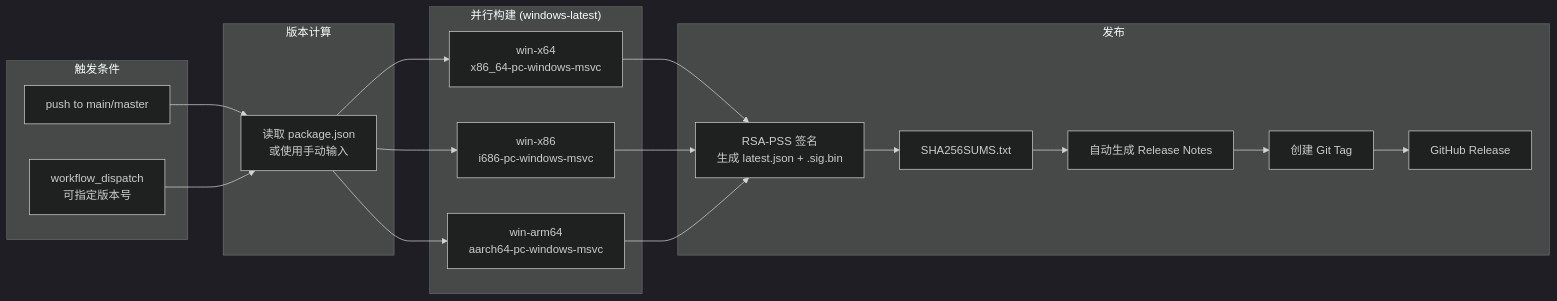
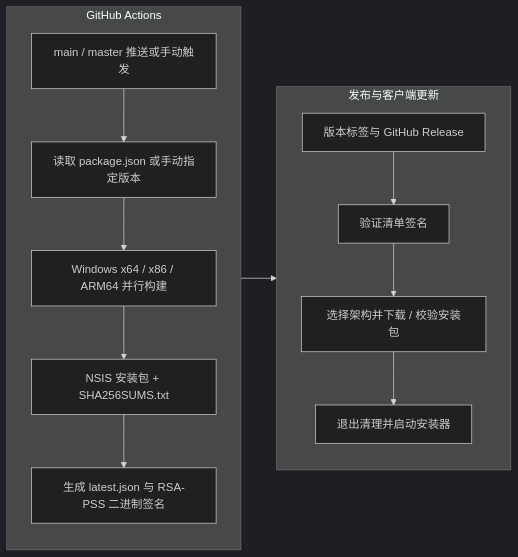
Before and after one commit to lookfeeb/Hlem_SSH: the sixth of 6 diagrams in README.md, drawn with Mermaid (dark theme). The commit also changed other lines of this file and 47 other files, not shown here.

````diff
--- a/README.md
+++ b/README.md
@@ -620,38 +324,17 @@
 ```mermaid
-graph LR
-    subgraph Trigger["触发条件"]
-        Push[push to main/master]
-        Manual[workflow_dispatch<br/>可指定版本号]
+flowchart LR
+    subgraph CI["GitHub Actions"]
+        direction TB
+        Trigger["main / master 推送或手动触发"] --> Version["读取 package.json 或手动指定版本"]
+        Version --> Build["Windows x64 / x86 / ARM64 并行构建"]
+        Build --> Installer["NSIS 安装包 + SHA256SUMS.txt"]
+        Installer --> Sign["生成 latest.json 与 RSA-PSS 二进制签名"]
     end
-
-    subgraph Version["版本计算"]
-        Compute[读取 package.json<br/>或使用手动输入]
+    subgraph Update["发布与客户端更新"]
+        direction TB
+        Release["版本标签与 GitHub Release"] --> Check["验证清单签名"]
+        Check --> Download["选择架构并下载 / 校验安装包"]
+        Download --> Install["退出清理并启动安装器"]
     end
-
-    subgraph Build["并行构建 (windows-latest)"]
-        X64[win-x64<br/>x86_64-pc-windows-msvc]
-        X86[win-x86<br/>i686-pc-windows-msvc]
-        ARM64[win-arm64<br/>aarch64-pc-windows-msvc]
-    end
-
-    subgraph Release["发布"]
-        Sign[RSA-PSS 签名<br/>生成 latest.json + .sig.bin]
-        SHA[SHA256SUMS.txt]
-        Notes[自动生成 Release Notes]
-        Tag[创建 Git Tag]
-        GHRelease[GitHub Release]
-    end
-
-    Push --> Compute
-    Manual --> Compute
-    Compute --> X64
-    Compute --> X86
-    Compute --> ARM64
-    X64 --> Sign
-    X86 --> Sign
-    ARM64 --> Sign
-    Sign --> SHA
-    SHA --> Notes
-    Notes --> Tag
-    Tag --> GHRelease
+    CI --> Update
 ```
````
